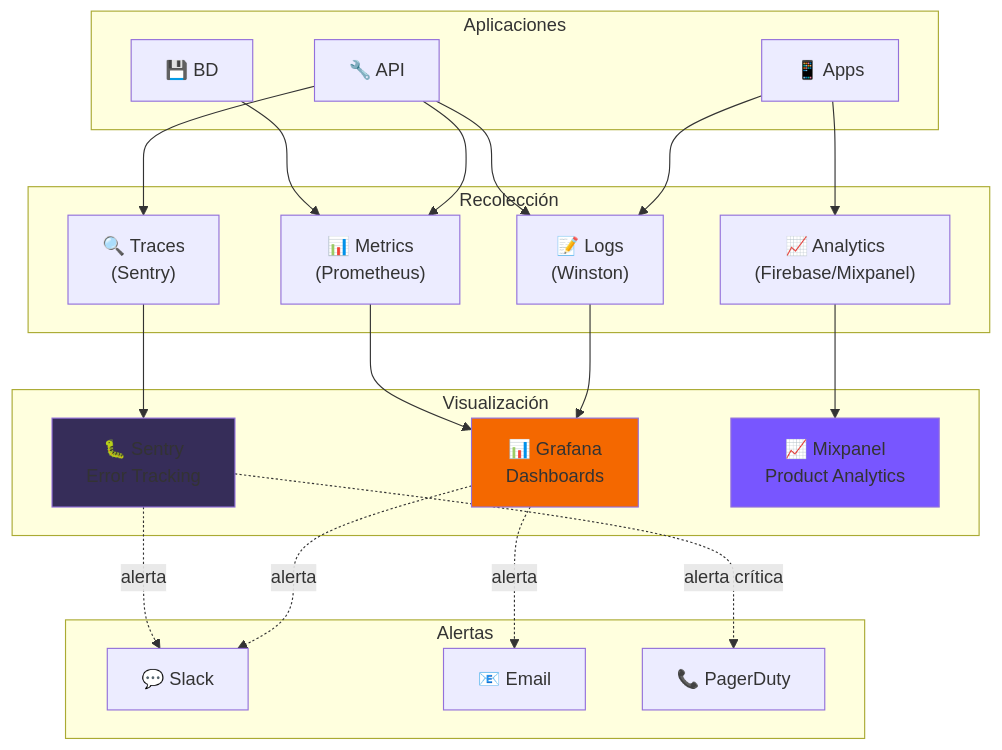
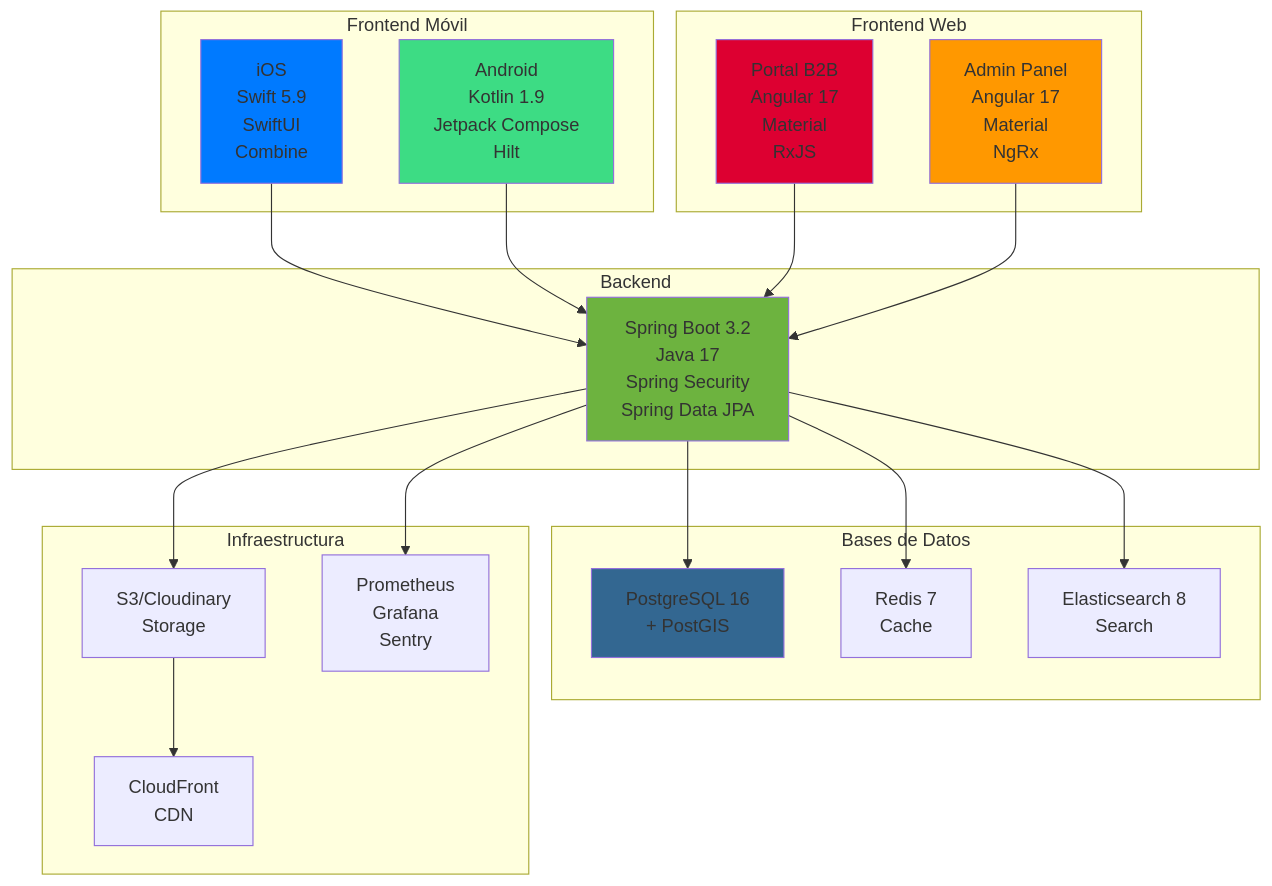
Diagram 12 of 12 in DIAGRAMAS.md (juansuarez-pragma/amigusto_doc), drawn with Mermaid before and after one commit. The commit also changed other lines of this file and 2 other files, not shown here.

````diff
--- a/DIAGRAMAS.md
+++ b/DIAGRAMAS.md
@@ -534,48 +543,48 @@
 ```mermaid
 graph TB
-    subgraph "Aplicaciones"
-        App["📱 Apps"]
-        API["🔧 API"]
-        DB["💾 BD"]
+    subgraph "Frontend Móvil"
+        iOS["iOS<br/>Swift 5.9<br/>SwiftUI<br/>Combine"]
+        Android["Android<br/>Kotlin 1.9<br/>Jetpack Compose<br/>Hilt"]
     end
 
-    subgraph "Recolección"
-        Logs["📝 Logs<br/>(Winston)"]
-        Metrics["📊 Metrics<br/>(Prometheus)"]
-        Traces["🔍 Traces<br/>(Sentry)"]
-        Analytics["📈 Analytics<br/>(Firebase/Mixpanel)"]
+    subgraph "Frontend Web"
+        Portal["Portal B2B<br/>Angular 17<br/>Material<br/>RxJS"]
+        Admin["Admin Panel<br/>Angular 17<br/>Material<br/>NgRx"]
     end
 
-    subgraph "Visualización"
-        Grafana["📊 Grafana<br/>Dashboards"]
-        Sentry["🐛 Sentry<br/>Error Tracking"]
-        Mixpanel["📈 Mixpanel<br/>Product Analytics"]
+    subgraph "Backend"
+        API["Spring Boot 3.2<br/>Java 17<br/>Spring Security<br/>Spring Data JPA"]
     end
 
-    subgraph "Alertas"
-        Slack["💬 Slack"]
-        Email["📧 Email"]
-        PagerDuty["📞 PagerDuty"]
+    subgraph "Bases de Datos"
+        PG["PostgreSQL 16<br/>+ PostGIS"]
+        RD["Redis 7<br/>Cache"]
+        ES["Elasticsearch 8<br/>Search"]
     end
 
-    App --> Logs
-    App --> Analytics
-    API --> Logs
-    API --> Metrics
-    API --> Traces
-    DB --> Metrics
+    subgraph "Infraestructura"
+        S3["S3/Cloudinary<br/>Storage"]
+        CDN["CloudFront<br/>CDN"]
+        Mon["Prometheus<br/>Grafana<br/>Sentry"]
+    end
 
-    Logs --> Grafana
-    Metrics --> Grafana
-    Traces --> Sentry
-    Analytics --> Mixpanel
+    iOS --> API
+    Android --> API
+    Portal --> API
+    Admin --> API
 
-    Grafana -.alerta.-> Slack
-    Grafana -.alerta.-> Email
-    Sentry -.alerta.-> Slack
-    Sentry -.alerta crítica.-> PagerDuty
+    API --> PG
+    API --> RD
+    API --> ES
+    API --> S3
 
-    style Grafana fill:#F46800
-    style Sentry fill:#362D59
-    style Mixpanel fill:#7856FF
+    S3 --> CDN
+    API --> Mon
+
+    style iOS fill:#007AFF
+    style Android fill:#3DDC84
+    style Portal fill:#DD0031
+    style Admin fill:#FF9800
+    style API fill:#6DB33F
+    style PG fill:#336791
 ```
````
